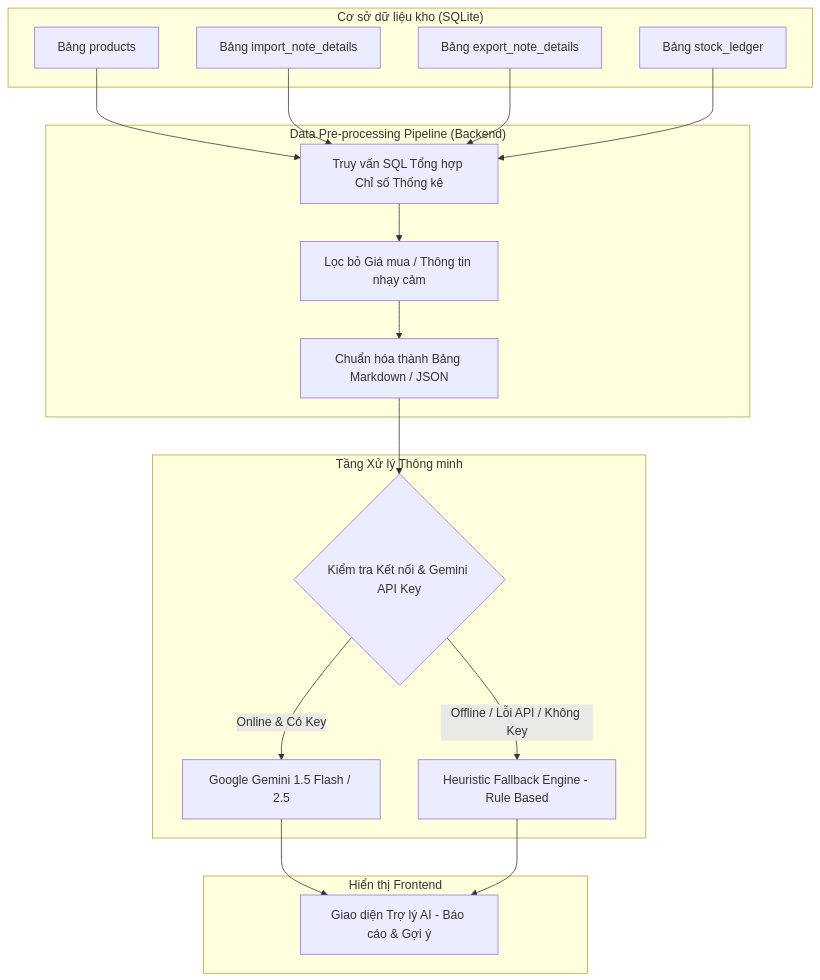
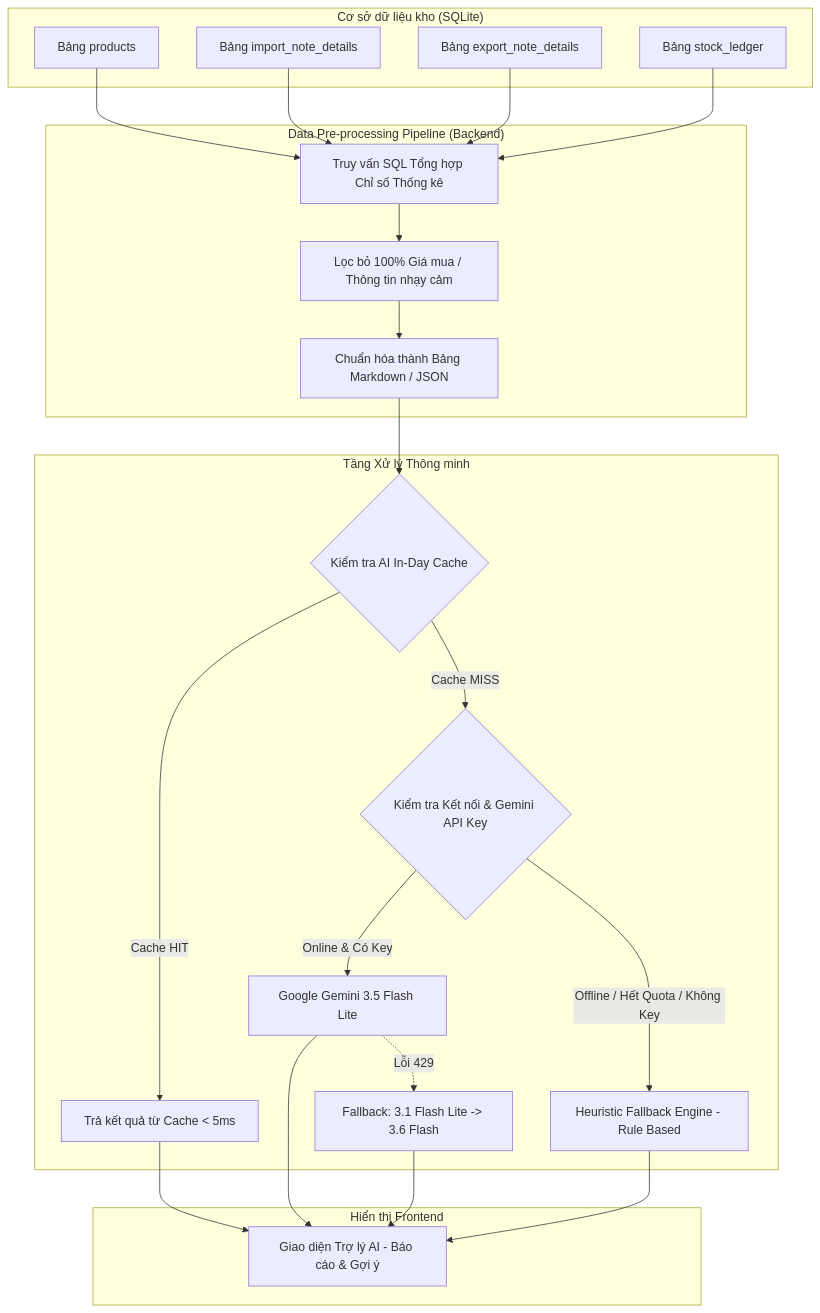
One commit to dtc245090028-ui/gemini changed the diagram in hệ thống quản lý kho/docs/SDLC/KT1/03_AI_Architecture_and_Prompts.md. Above: the diagram before and after it, drawn with Mermaid. The commit also changed other lines of this file and 128 other files, not shown here.

````diff
--- a/hệ thống quản lý kho/docs/SDLC/KT1/03_AI_Architecture_and_Prompts.md
+++ b/hệ thống quản lý kho/docs/SDLC/KT1/03_AI_Architecture_and_Prompts.md
@@ -23,34 +25,41 @@
 ```mermaid
 flowchart TD
     subgraph "Cơ sở dữ liệu kho (SQLite)"
         T1[Bảng products]
         T2[Bảng import_note_details]
         T3[Bảng export_note_details]
         T4[Bảng stock_ledger]
     end
 
     subgraph "Data Pre-processing Pipeline (Backend)"
         SQL[Truy vấn SQL Tổng hợp Chỉ số Thống kê]
-        Sanitize[Lọc bỏ Giá mua / Thông tin nhạy cảm]
+        Sanitize[Lọc bỏ 100% Giá mua / Thông tin nhạy cảm]
         Format[Chuẩn hóa thành Bảng Markdown / JSON]
     end
 
     subgraph "Tầng Xử lý Thông minh"
+        CacheCheck{Kiểm tra AI In-Day Cache}
+        ReturnCache[Trả kết quả từ Cache < 5ms]
         Check{Kiểm tra Kết nối & Gemini API Key}
-        Gemini[Google Gemini 1.5 Flash / 2.5]
+        Gemini[Google Gemini 3.5 Flash Lite]
+        FallbackChain[Fallback: 3.1 Flash Lite -> 3.6 Flash]
         Fallback[Heuristic Fallback Engine - Rule Based]
     end
 
     subgraph "Hiển thị Frontend"
         UI[Giao diện Trợ lý AI - Báo cáo & Gợi ý]
     end
 
     T1 & T2 & T3 & T4 --> SQL
     SQL --> Sanitize
     Sanitize --> Format
-    Format --> Check
+    Format --> CacheCheck
+    CacheCheck -->|Cache HIT| ReturnCache --> UI
+    CacheCheck -->|Cache MISS| Check
     Check -->|Online & Có Key| Gemini
-    Check -->|Offline / Lỗi API / Không Key| Fallback
+    Gemini -.->|Lỗi 429| FallbackChain
+    Check -->|Offline / Hết Quota / Không Key| Fallback
     Gemini --> UI
+    FallbackChain --> UI
     Fallback --> UI
 ```
````
